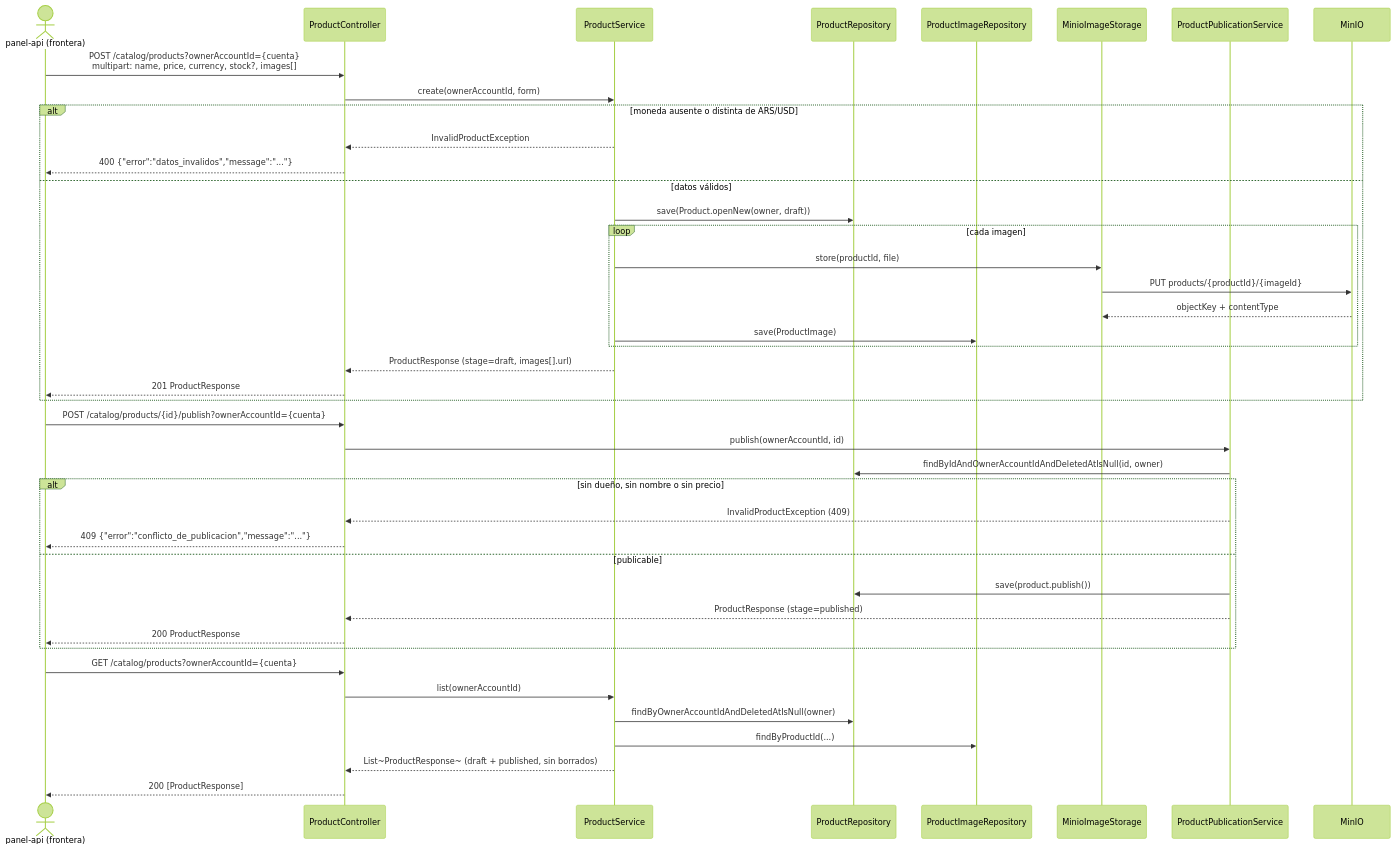
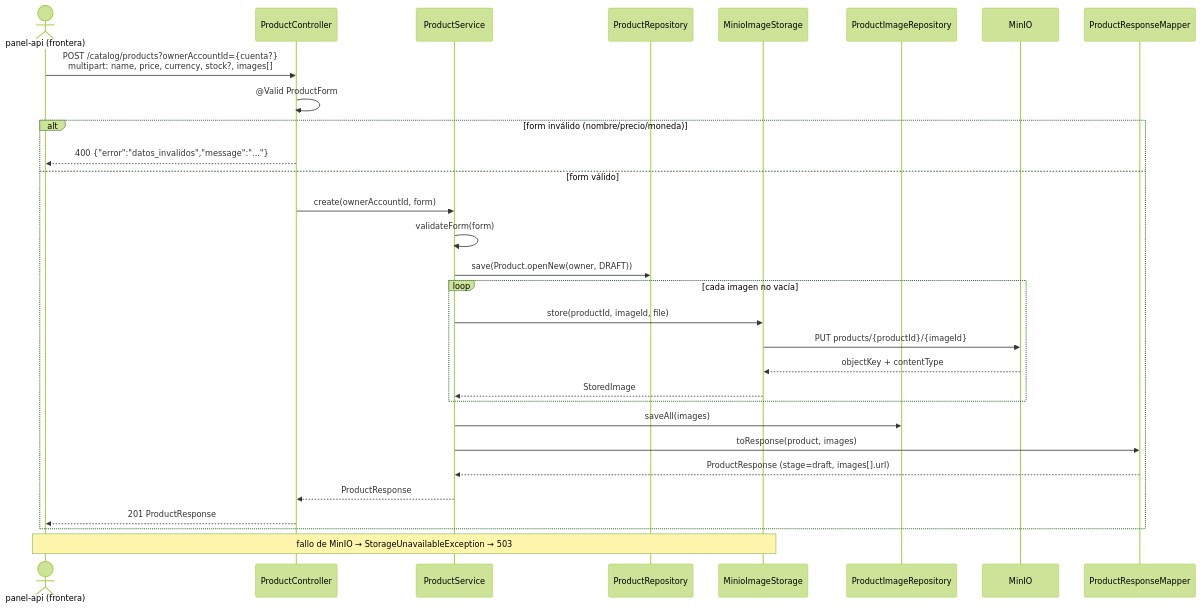
The third of 6 diagrams in specs/001-published-products-images/uml.md (Dariosoft/fes-catalog-api), drawn with Mermaid (forest theme) before and after one commit. The commit also changed other lines of this file and 3 other files, not shown here.

````diff
--- a/specs/001-published-products-images/uml.md
+++ b/specs/001-published-products-images/uml.md
@@ -289,47 +322,33 @@
 ```mermaid
 sequenceDiagram
   actor Panel as panel-api (frontera)
   participant Ctrl as ProductController
   participant Svc as ProductService
   participant Repo as ProductRepository
+  participant Storage as MinioImageStorage
   participant ImgRepo as ProductImageRepository
-  participant Storage as MinioImageStorage
-  participant Pub as ProductPublicationService
   participant Minio as MinIO
+  participant Mapper as ProductResponseMapper
 
-  Panel->>Ctrl: POST /catalog/products?ownerAccountId={cuenta}<br/>multipart: name, price, currency, stock?, images[]
-  Ctrl->>Svc: create(ownerAccountId, form)
-  alt moneda ausente o distinta de ARS/USD
-    Svc-->>Ctrl: InvalidProductException
+  Panel->>Ctrl: POST /catalog/products?ownerAccountId={cuenta?}<br/>multipart: name, price, currency, stock?, images[]
+  Ctrl->>Ctrl: @Valid ProductForm
+  alt form inválido (nombre/precio/moneda)
     Ctrl-->>Panel: 400 {"error":"datos_invalidos","message":"..."}
-  else datos válidos
-    Svc->>Repo: save(Product.openNew(owner, draft))
-    loop cada imagen
-      Svc->>Storage: store(productId, file)
+  else form válido
+    Ctrl->>Svc: create(ownerAccountId, form)
+    Svc->>Svc: validateForm(form)
+    Svc->>Repo: save(Product.openNew(owner, DRAFT))
+    loop cada imagen no vacía
+      Svc->>Storage: store(productId, imageId, file)
       Storage->>Minio: PUT products/{productId}/{imageId}
       Minio-->>Storage: objectKey + contentType
-      Svc->>ImgRepo: save(ProductImage)
+      Storage-->>Svc: StoredImage
     end
-    Svc-->>Ctrl: ProductResponse (stage=draft, images[].url)
+    Svc->>ImgRepo: saveAll(images)
+    Svc->>Mapper: toResponse(product, images)
+    Mapper-->>Svc: ProductResponse (stage=draft, images[].url)
+    Svc-->>Ctrl: ProductResponse
     Ctrl-->>Panel: 201 ProductResponse
   end
-
-  Panel->>Ctrl: POST /catalog/products/{id}/publish?ownerAccountId={cuenta}
-  Ctrl->>Pub: publish(ownerAccountId, id)
-  Pub->>Repo: findByIdAndOwnerAccountIdAndDeletedAtIsNull(id, owner)
-  alt sin dueño, sin nombre o sin precio
-    Pub-->>Ctrl: InvalidProductException (409)
-    Ctrl-->>Panel: 409 {"error":"conflicto_de_publicacion","message":"..."}
-  else publicable
-    Pub->>Repo: save(product.publish())
-    Pub-->>Ctrl: ProductResponse (stage=published)
-    Ctrl-->>Panel: 200 ProductResponse
-  end
-
-  Panel->>Ctrl: GET /catalog/products?ownerAccountId={cuenta}
-  Ctrl->>Svc: list(ownerAccountId)
-  Svc->>Repo: findByOwnerAccountIdAndDeletedAtIsNull(owner)
-  Svc->>ImgRepo: findByProductId(...)
-  Svc-->>Ctrl: List~ProductResponse~ (draft + published, sin borrados)
-  Ctrl-->>Panel: 200 [ProductResponse]
+  note over Storage,Panel: fallo de MinIO → StorageUnavailableException → 503
 ```
````
